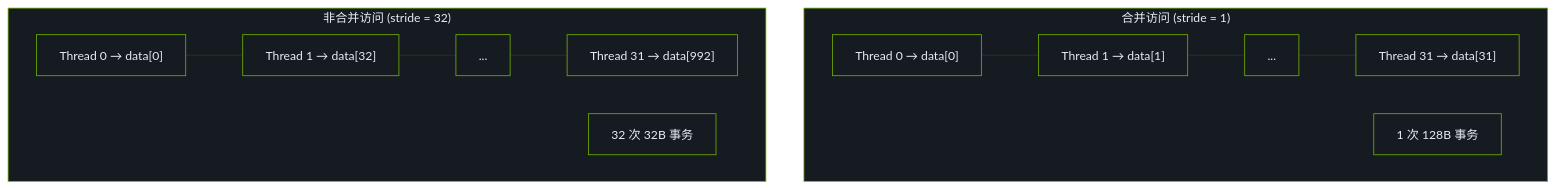
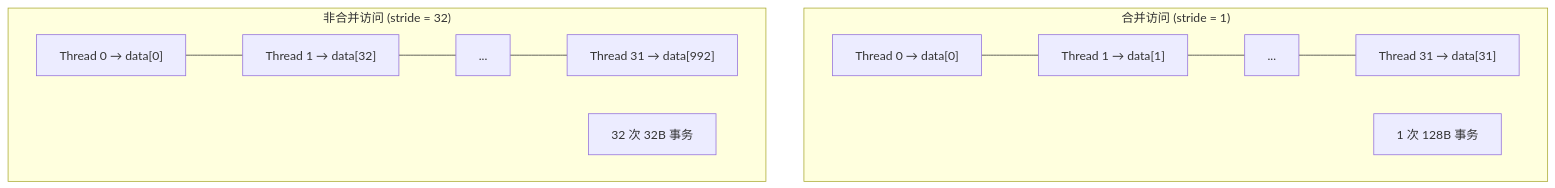
The first of 2 diagrams in docs/zh/modules/03/memory-optimization.md (LessUp/cuda-kernel-academy), drawn with Mermaid before and after one commit. The commit also changed other lines of this file and 45 other files, not shown here.

````diff
--- a/docs/zh/modules/03/memory-optimization.md
+++ b/docs/zh/modules/03/memory-optimization.md
@@ -41,27 +41,15 @@
 ```mermaid
 flowchart TB
     subgraph Good["合并访问 (stride = 1)"]
         direction LR
         G0["Thread 0 → data[0]"] --- G1["Thread 1 → data[1]"] --- G2["..."] --- G31["Thread 31 → data[31]"]
         G_note["1 次 128B 事务"]
     end
 
     subgraph Bad["非合并访问 (stride = 32)"]
         direction LR
         B0["Thread 0 → data[0]"] --- B1["Thread 1 → data[32]"] --- B2["..."] --- B31["Thread 31 → data[992]"]
         B_note["32 次 32B 事务"]
     end
 
-    style Good fill:#161b22,stroke:#76B900,color:#e6edf3
-    style Bad fill:#161b22,stroke:#76B900,color:#e6edf3
-    style G0 fill:#161b22,stroke:#76B900,color:#e6edf3
-    style G1 fill:#161b22,stroke:#76B900,color:#e6edf3
-    style G2 fill:#161b22,stroke:#76B900,color:#e6edf3
-    style G31 fill:#161b22,stroke:#76B900,color:#e6edf3
-    style G_note fill:#161b22,stroke:#76B900,color:#e6edf3
-    style B0 fill:#161b22,stroke:#76B900,color:#e6edf3
-    style B1 fill:#161b22,stroke:#76B900,color:#e6edf3
-    style B2 fill:#161b22,stroke:#76B900,color:#e6edf3
-    style B31 fill:#161b22,stroke:#76B900,color:#e6edf3
-    style B_note fill:#161b22,stroke:#76B900,color:#e6edf3
 ```
````
